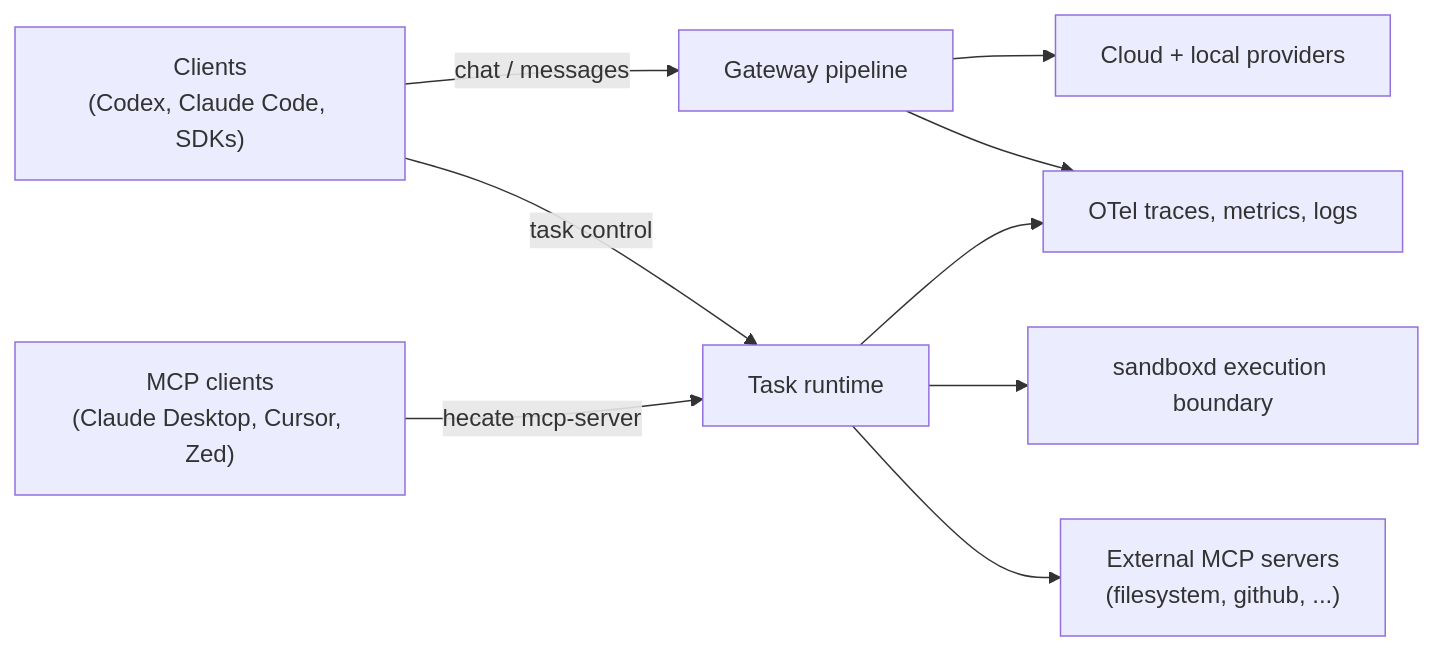
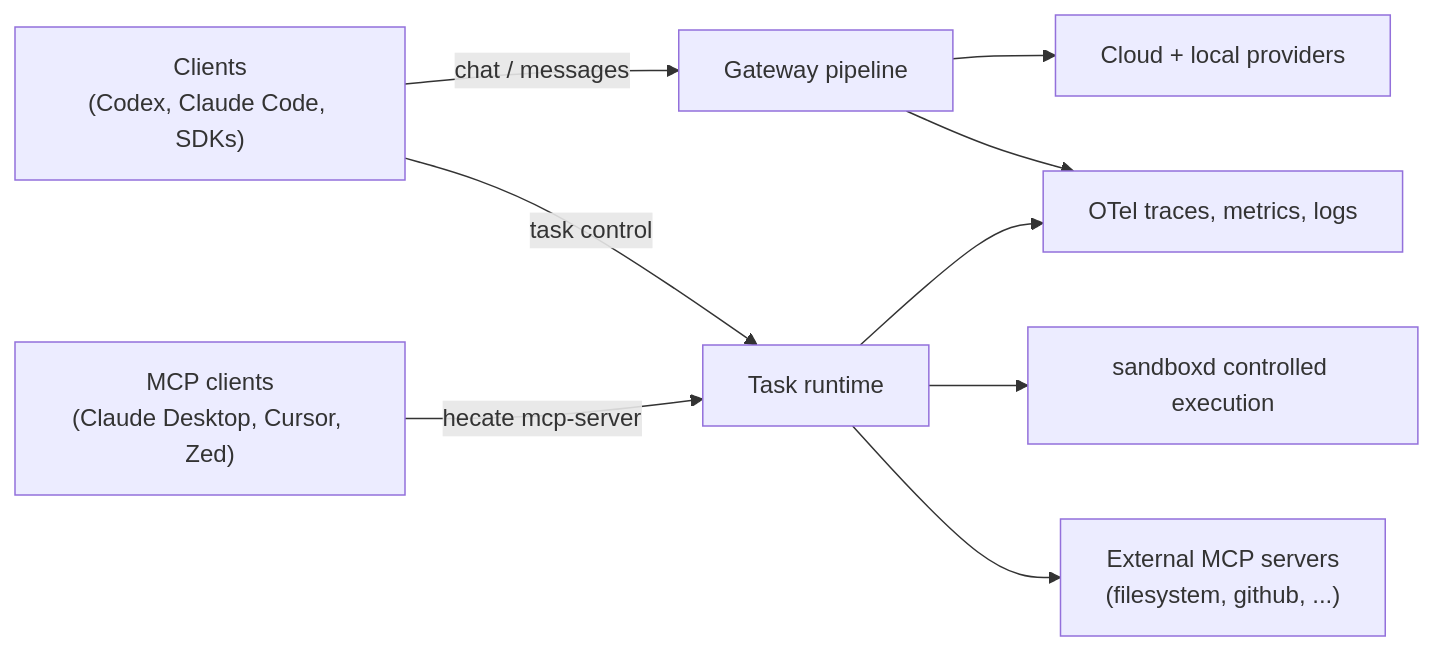
Before and after one commit to chicoxyzzy/hecate: the diagram in README.md, drawn with Mermaid. The commit also changed other lines of this file and 11 other files, not shown here.

````diff
--- a/README.md
+++ b/README.md
@@ -76,12 +76,12 @@
 ```mermaid
 flowchart LR
     Client["Clients<br/>(Codex, Claude Code, SDKs)"]
     Client -->|"chat / messages"| Gateway["Gateway pipeline"]
     Client -->|"task control"| Runtime["Task runtime"]
     Gateway --> Providers["Cloud + local providers"]
-    Runtime --> Sandbox["sandboxd execution boundary"]
+    Runtime --> Sandbox["sandboxd controlled execution"]
     Runtime --> MCP["External MCP servers<br/>(filesystem, github, ...)"]
     MCPClients["MCP clients<br/>(Claude Desktop, Cursor, Zed)"] -->|"hecate mcp-server"| Runtime
     Gateway --> Telemetry["OTel traces, metrics, logs"]
     Runtime --> Telemetry
 ```
````
